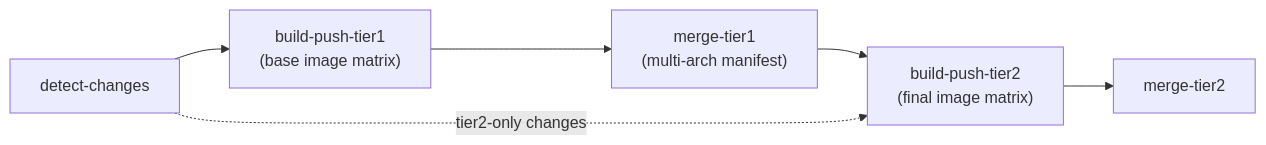
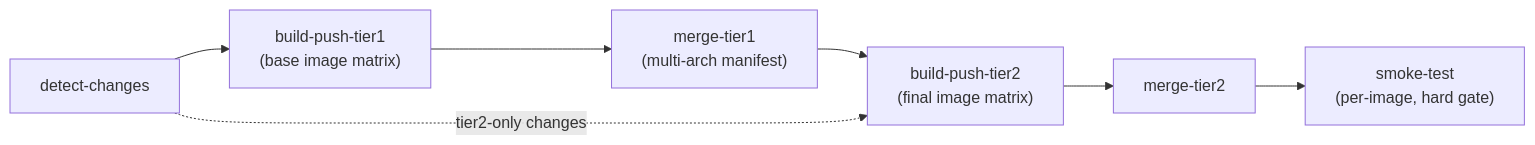
Before and after one commit to DKUAV/images: the second of 2 diagrams in README.md, drawn with Mermaid. The commit also changed other lines of this file and 21 other files, not shown here.

````diff
--- a/README.md
+++ b/README.md
@@ -68,8 +68,9 @@
 ```mermaid
 graph LR
   A[detect-changes] --> B["build-push-tier1\n(base image matrix)"]
   B --> C["merge-tier1\n(multi-arch manifest)"]
   C --> D["build-push-tier2\n(final image matrix)"]
   D --> E[merge-tier2]
+  E --> F["smoke-test\n(per-image, hard gate)"]
   A -. "tier2-only changes" .-> D
 ```
````
